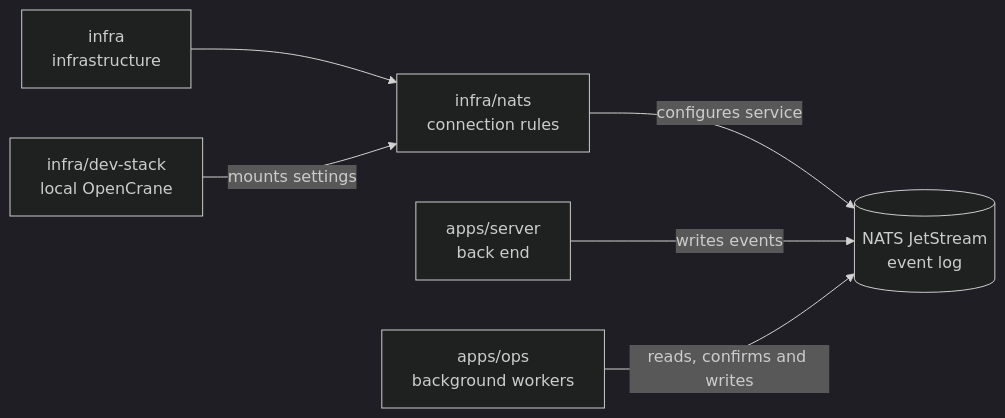
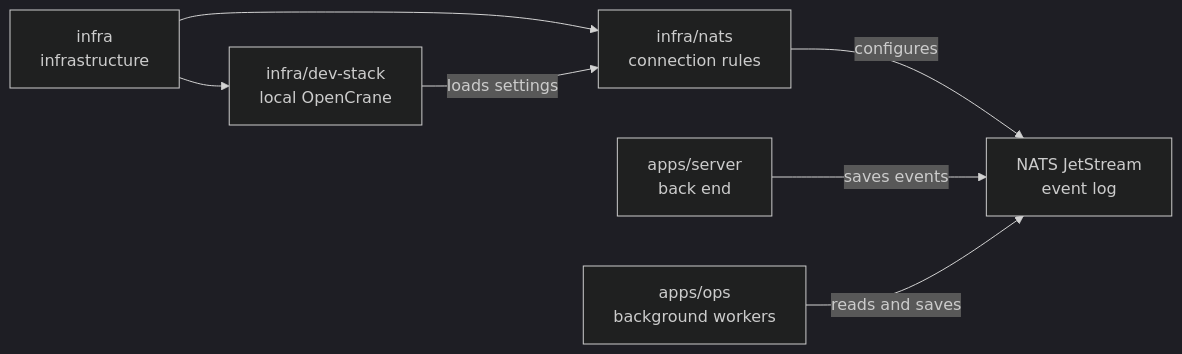
One commit to elewa-git/opencrane-new changed the diagram in infra/nats/README.md. Above: the diagram before and after it, drawn with Mermaid (dark theme). The commit also changed other lines of this file and 16 other files, not shown here.

````diff
--- a/infra/nats/README.md
+++ b/infra/nats/README.md
@@ -16,8 +16,9 @@
 ```mermaid
 flowchart LR
   infra["infra<br/>infrastructure"] --> settings["infra/nats<br/>connection rules"]
-  stack["infra/dev-stack<br/>local OpenCrane"] -->|mounts settings| settings
-  settings -->|configures service| nats[("NATS JetStream<br/>event log")]
-  server["apps/server<br/>back end"] -->|writes events| nats
-  ops["apps/ops<br/>background workers"] -->|reads, confirms and writes| nats
+  infra --> stack["infra/dev-stack<br/>local OpenCrane"]
+  stack -->|loads settings| settings
+  settings -->|configures| nats["NATS JetStream<br/>event log"]
+  server["apps/server<br/>back end"] -->|saves events| nats
+  ops["apps/ops<br/>background workers"] -->|reads and saves| nats
 ```
````
